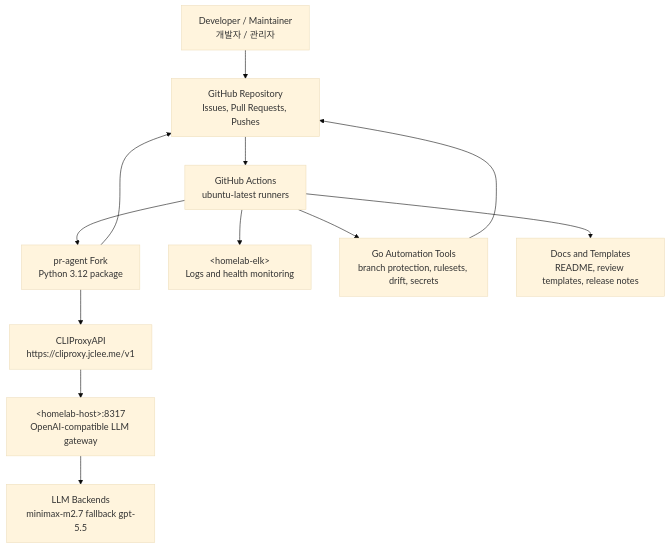
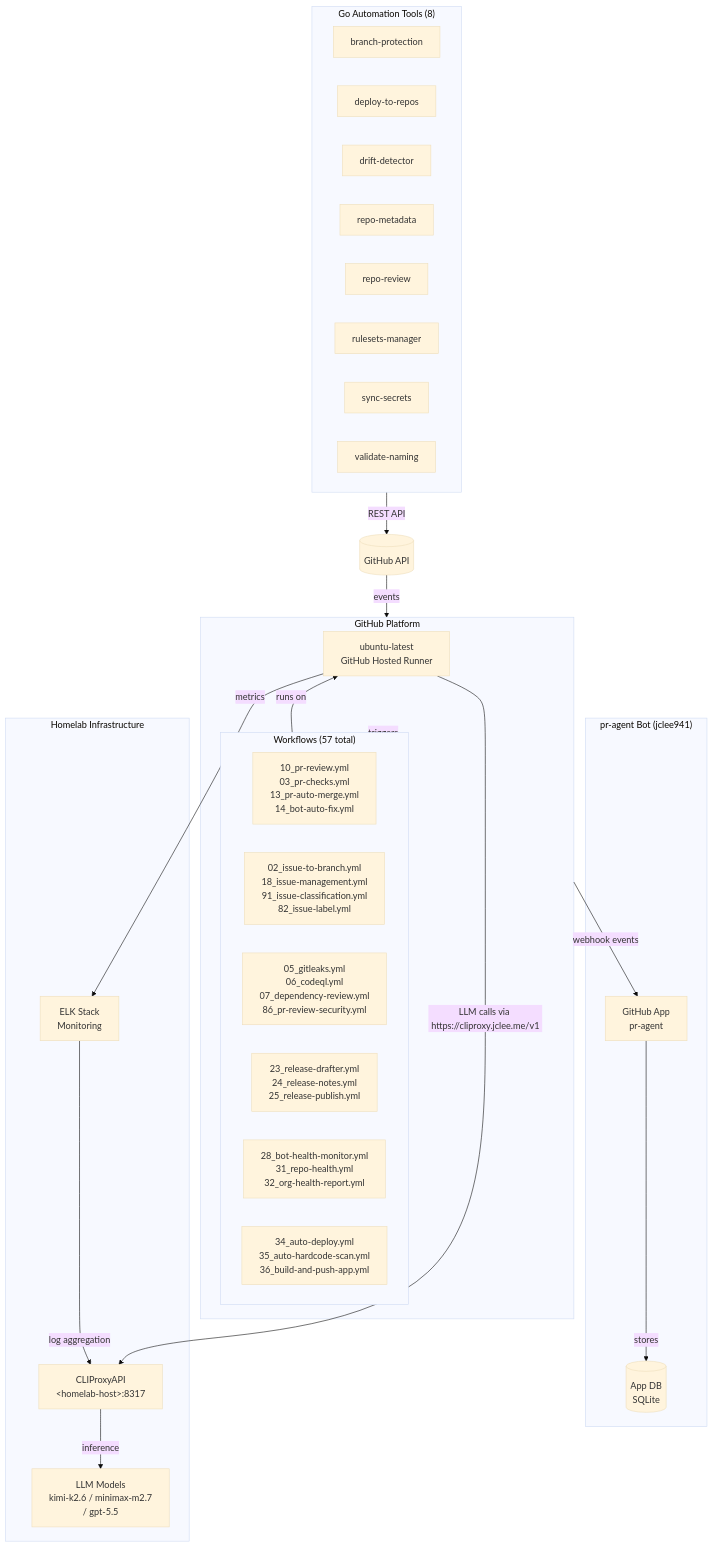
The diagram in README.md (jclee941/.github), drawn with Mermaid (base theme) before and after one commit. The commit also changed other lines of this file, not shown here.

Commit message:
docs: auto-update README.md

````diff
--- a/README.md
+++ b/README.md
@@ -108,25 +80,47 @@
 ```mermaid
-flowchart TD
-    User["Developer / Maintainer<br/>개발자 / 관리자"]
-    GitHub["GitHub Repository<br/>Issues, Pull Requests, Pushes"]
-    Actions["GitHub Actions<br/>ubuntu-latest runners"]
-    PRAgent["pr-agent Fork<br/>Python 3.12 package"]
-    CLIProxy["CLIProxyAPI<br/>https://cliproxy.jclee.me/v1"]
-    Homelab["&lt;homelab-host&gt;:8317<br/>OpenAI-compatible LLM gateway"]
-    Models["LLM Backends<br/>minimax-m2.7 fallback gpt-5.5"]
-    ELK["&lt;homelab-elk&gt;<br/>Logs and health monitoring"]
-    GoTools["Go Automation Tools<br/>branch protection, rulesets, drift, secrets"]
-    Docs["Docs and Templates<br/>README, review templates, release notes"]
+flowchart TB
+    subgraph GitHub["GitHub Platform"]
+        subgraph Workflows["Workflows (57 total)"]
+            PR_WF["10_pr-review.yml<br/>03_pr-checks.yml<br/>13_pr-auto-merge.yml<br/>14_bot-auto-fix.yml"]
+            Issue_WF["02_issue-to-branch.yml<br/>18_issue-management.yml<br/>91_issue-classification.yml<br/>82_issue-label.yml"]
+            Sec_WF["05_gitleaks.yml<br/>06_codeql.yml<br/>07_dependency-review.yml<br/>86_pr-review-security.yml"]
+            Release_WF["23_release-drafter.yml<br/>24_release-notes.yml<br/>25_release-publish.yml"]
+            Health_WF["28_bot-health-monitor.yml<br/>31_repo-health.yml<br/>32_org-health-report.yml"]
+            Deploy_WF["34_auto-deploy.yml<br/>35_auto-hardcode-scan.yml<br/>36_build-and-push-app.yml"]
+        end
+        Actions_Runner["ubuntu-latest<br/>GitHub Hosted Runner"]
+    end
 
-    User --> GitHub
-    GitHub --> Actions
-    Actions --> PRAgent
-    Actions --> GoTools
-    PRAgent --> CLIProxy
-    CLIProxy --> Homelab
-    Homelab --> Models
-    Actions --> ELK
-    GoTools --> GitHub
-    Actions --> Docs
-    PRAgent --> GitHub
+    subgraph Bot["pr-agent Bot (jclee941)"]
+        GitHub_App["GitHub App<br/>pr-agent"]
+        App_DB[(App DB<br/>SQLite)]
+    end
+
+    subgraph Homelab["Homelab Infrastructure"]
+        CLIProxy["CLIProxyAPI<br/>&lt;homelab-host&gt;:8317"]
+        LLM_Model["LLM Models<br/>kimi-k2.6 / minimax-m2.7<br/>/ gpt-5.5"]
+        ELK_Stack["ELK Stack<br/>Monitoring"]
+    end
+
+    subgraph GoTools["Go Automation Tools (8)"]
+        BP["branch-protection"]
+        DTR["deploy-to-repos"]
+        DD["drift-detector"]
+        RM["repo-metadata"]
+        RR["repo-review"]
+        RSM["rulesets-manager"]
+        SS["sync-secrets"]
+        VN["validate-naming"]
+    end
+
+    GitHub -->|webhook events| GitHub_App
+    GitHub -->|triggers| Workflows
+    Workflows -->|runs on| Actions_Runner
+    Actions_Runner -->|LLM calls via https://cliproxy.jclee.me/v1| CLIProxy
+    CLIProxy -->|inference| LLM_Model
+    GoTools -->|REST API| GitHub_API[(GitHub API)]
+    GitHub_API -->|events| GitHub
+    GitHub_App -->|stores| App_DB
+    Actions_Runner -->|metrics| ELK_Stack
+    ELK_Stack -->|log aggregation| CLIProxy
 ```
````
